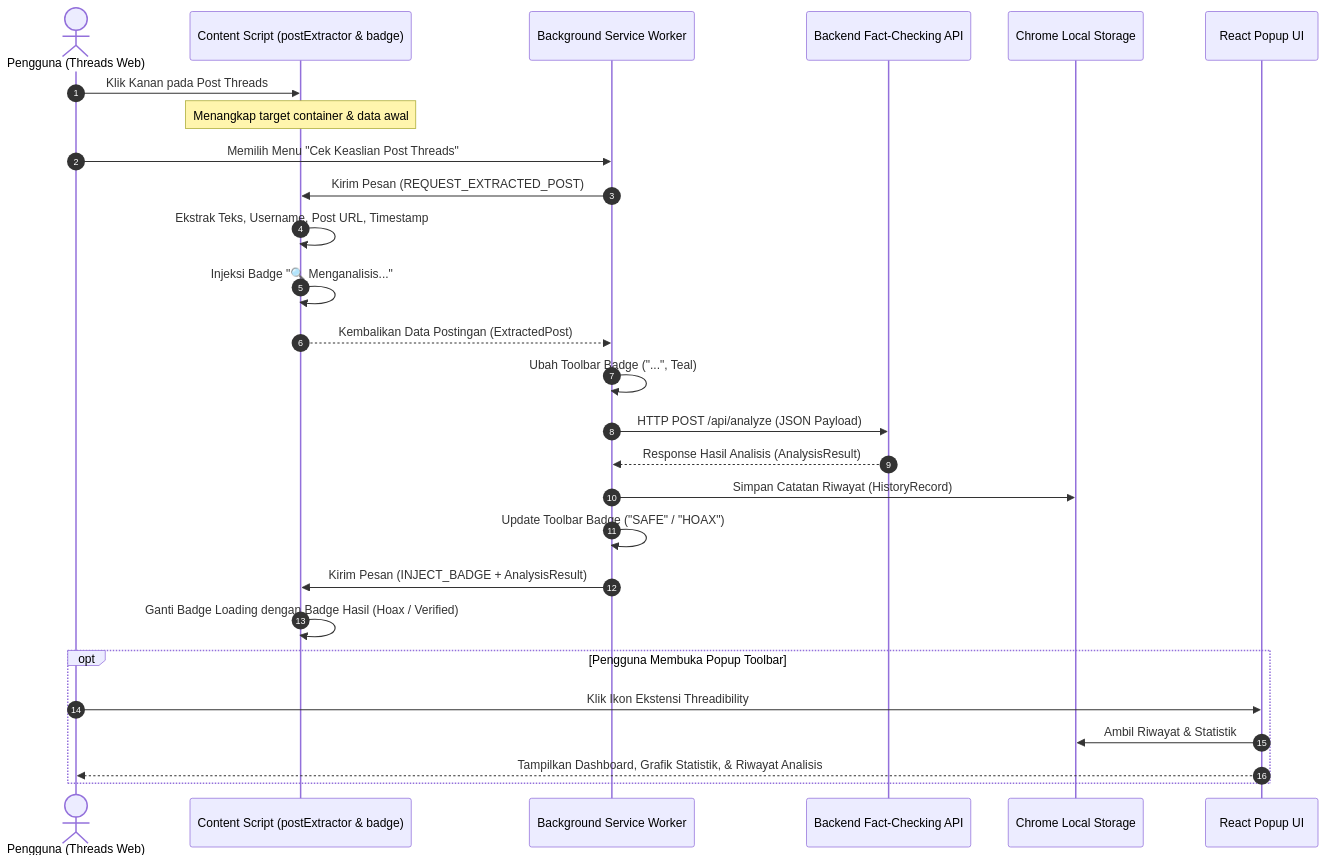
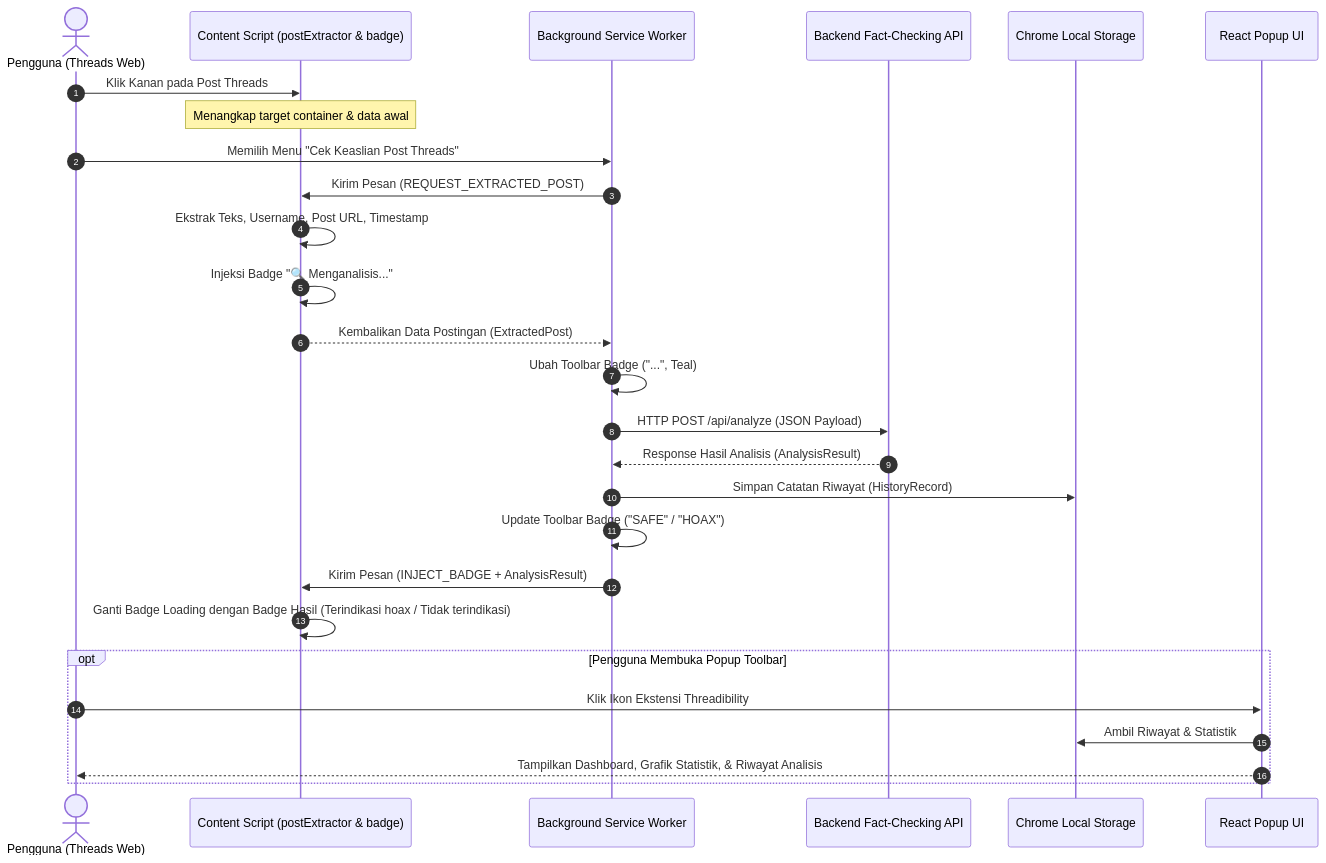
Before and after one commit to ranggalabs/Threadibility: the diagram in README.md, drawn with Mermaid. The commit also changed other lines of this file and 26 other files, not shown here.

````diff
--- a/README.md
+++ b/README.md
@@ -70,33 +70,33 @@
 ```mermaid
 sequenceDiagram
     autonumber
     actor User as Pengguna (Threads Web)
     participant CS as Content Script (postExtractor & badge)
     participant SW as Background Service Worker
     participant API as Backend Fact-Checking API
     participant Storage as Chrome Local Storage
     participant Popup as React Popup UI
 
     User->>CS: Klik Kanan pada Post Threads
     Note over CS: Menangkap target container & data awal
     User->>SW: Memilih Menu "Cek Keaslian Post Threads"
     SW->>CS: Kirim Pesan (REQUEST_EXTRACTED_POST)
     CS->>CS: Ekstrak Teks, Username, Post URL, Timestamp
     CS->>CS: Injeksi Badge "🔍 Menganalisis..."
     CS-->>SW: Kembalikan Data Postingan (ExtractedPost)
     
     SW->>SW: Ubah Toolbar Badge ("...", Teal)
     SW->>API: HTTP POST /api/analyze (JSON Payload)
     API-->>SW: Response Hasil Analisis (AnalysisResult)
     
     SW->>Storage: Simpan Catatan Riwayat (HistoryRecord)
     SW->>SW: Update Toolbar Badge ("SAFE" / "HOAX")
     SW->>CS: Kirim Pesan (INJECT_BADGE + AnalysisResult)
-    CS->>CS: Ganti Badge Loading dengan Badge Hasil (Hoax / Verified)
+    CS->>CS: Ganti Badge Loading dengan Badge Hasil (Terindikasi hoax / Tidak terindikasi)
     
     opt Pengguna Membuka Popup Toolbar
         User->>Popup: Klik Ikon Ekstensi Threadibility
         Popup->>Storage: Ambil Riwayat & Statistik
         Popup-->>User: Tampilkan Dashboard, Grafik Statistik, & Riwayat Analisis
     end
 ```
````
